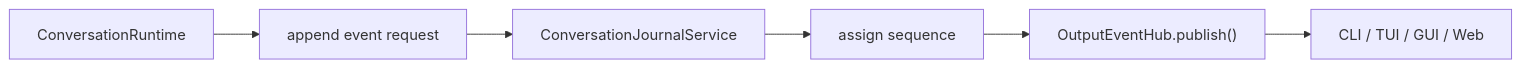
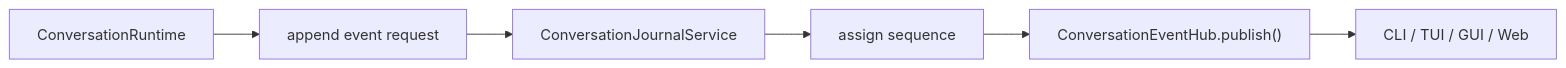
Before and after one commit to fanghuarunbalala/nova-writing: diagram 13 of 26 in docs/architecture.md, drawn with Mermaid. The commit also changed other lines of this file and 22 other files, not shown here.

````diff
--- a/docs/architecture.md
+++ b/docs/architecture.md
@@ -681,15 +738,15 @@
 ```mermaid
 flowchart LR
     Runtime["ConversationRuntime"]
     Append["append event request"]
     Journal["ConversationJournalService"]
     Sequence["assign sequence"]
-    Publisher["OutputEventHub.publish()"]
+    Publisher["ConversationEventHub.publish()"]
     Client["CLI / TUI / GUI / Web"]
 
     Runtime --> Append
     Append --> Journal
     Journal --> Sequence
     Sequence --> Publisher
     Publisher --> Client
 ```
````
